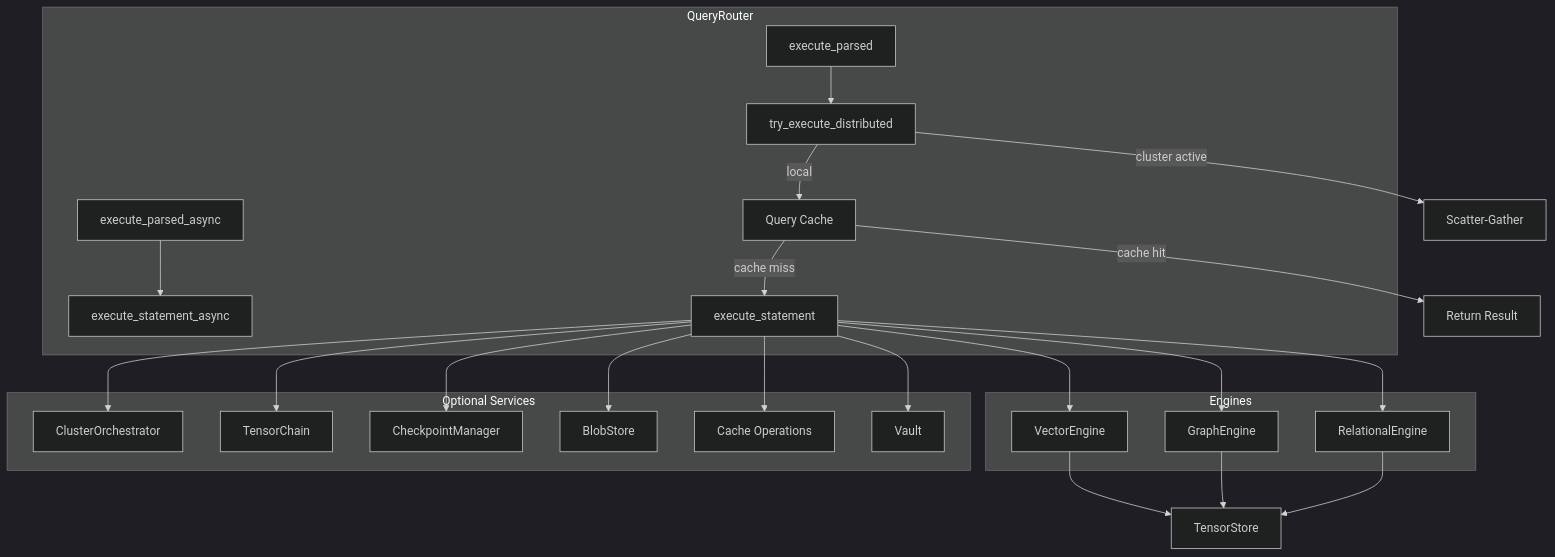
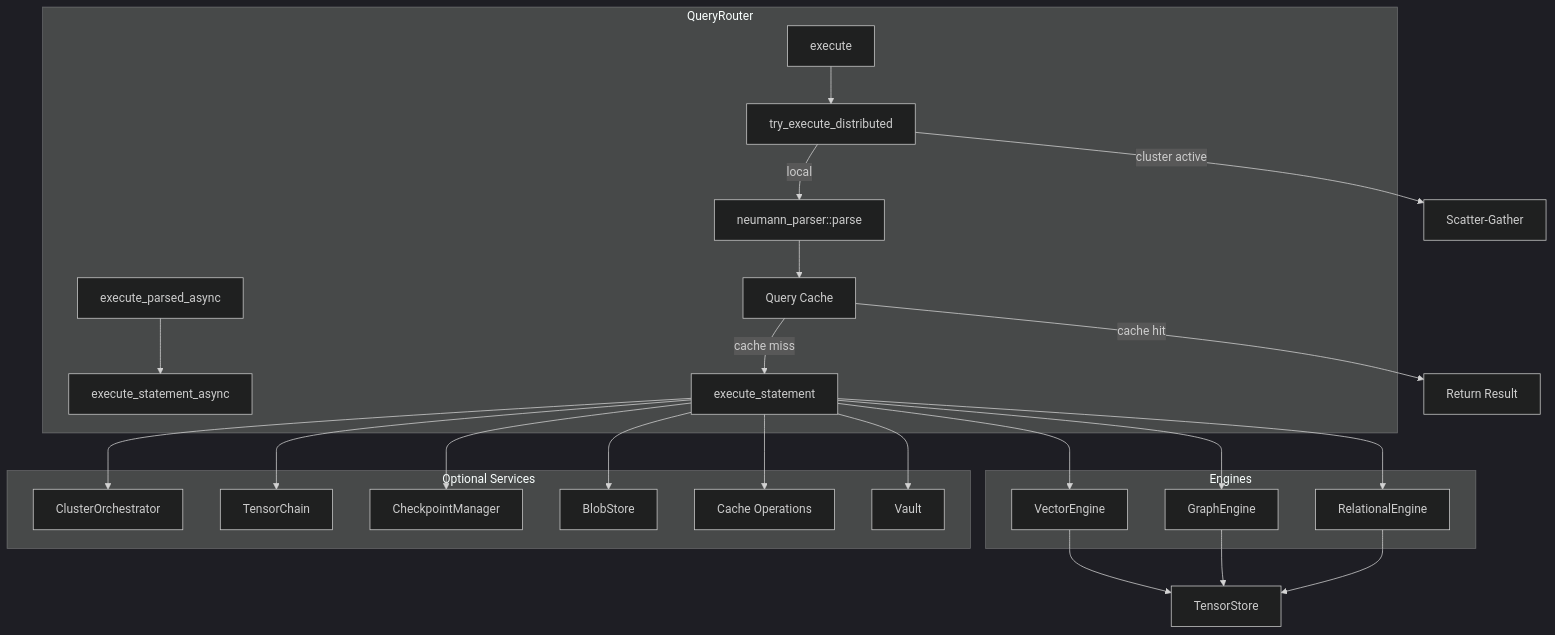
One commit to Shadylukin/Neumann changed the first of 5 diagrams in docs/book/src/architecture/query-router.md. Above: the diagram before and after it, drawn with Mermaid (dark theme). The commit also changed other lines of this file and 195 other files, not shown here.

First line of the commit message:
Restructure documentation to Divio system, overhaul README and roadmap

````diff
--- a/docs/book/src/architecture/query-router.md
+++ b/docs/book/src/architecture/query-router.md
@@ -108,47 +108,49 @@
 ```mermaid
 graph TB
     subgraph QueryRouter
-        Execute[execute_parsed]
+        Execute[execute]
         ExecuteAsync[execute_parsed_async]
         Distributed[try_execute_distributed]
+        Parse[neumann_parser::parse]
         Cache[Query Cache]
         Statement[execute_statement]
         StatementAsync[execute_statement_async]
     end
 
     Execute --> Distributed
     ExecuteAsync --> StatementAsync
     Distributed -->|cluster active| ScatterGather[Scatter-Gather]
-    Distributed -->|local| Cache
+    Distributed -->|local| Parse
+    Parse --> Cache
     Cache -->|cache hit| Return[Return Result]
     Cache -->|cache miss| Statement
 
     Statement --> Relational[RelationalEngine]
     Statement --> Graph[GraphEngine]
     Statement --> Vector[VectorEngine]
     Statement --> Vault[Vault]
     Statement --> CacheOps[Cache Operations]
     Statement --> Blob[BlobStore]
     Statement --> Checkpoint[CheckpointManager]
     Statement --> Chain[TensorChain]
     Statement --> Cluster[ClusterOrchestrator]
 
     subgraph Engines
         Relational
         Graph
         Vector
     end
 
     subgraph Optional Services
         Vault
         CacheOps
         Blob
         Checkpoint
         Chain
         Cluster
     end
 
     Relational --> Store[TensorStore]
     Graph --> Store
     Vector --> Store
 ```
````
